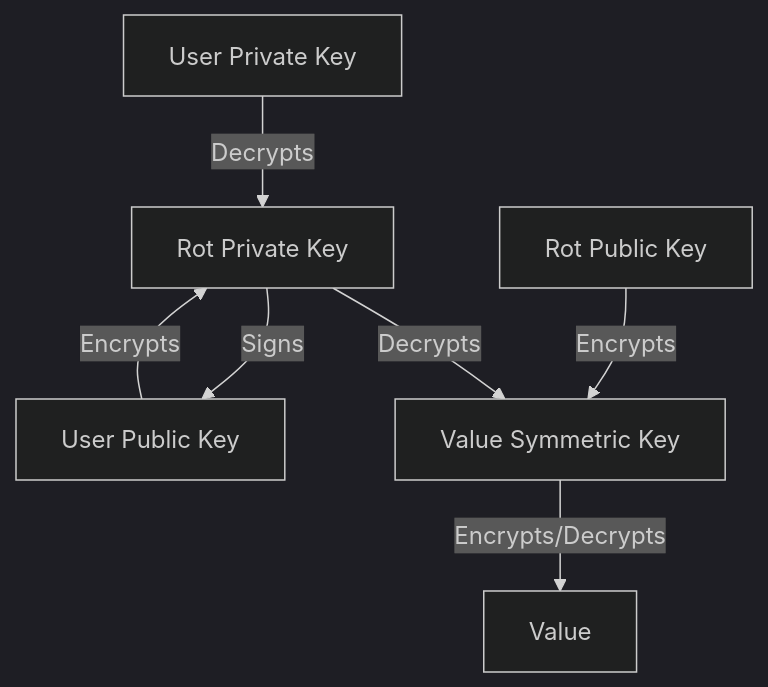
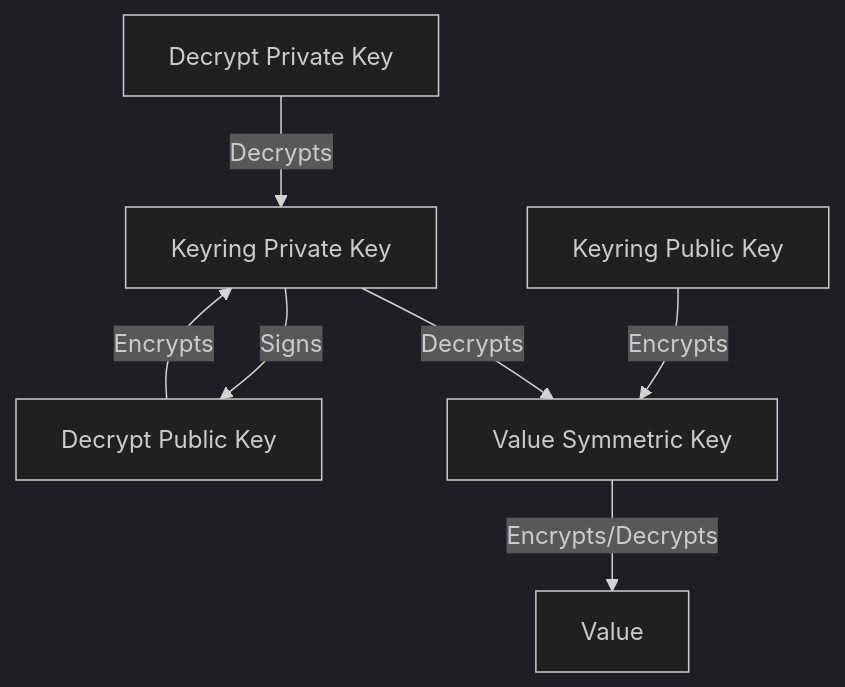
The diagram in hugo/content/docs/explanations/secret-wrapping.md (candiddev/rot), drawn with Mermaid (dark theme) before and after one commit. The commit also changed other lines of this file and 200 other files, not shown here.

````diff
--- a/hugo/content/docs/explanations/secret-wrapping.md
+++ b/hugo/content/docs/explanations/secret-wrapping.md
@@ -11,17 +11,17 @@
 ```mermaid
 flowchart TD
-  userPrv[User Private Key]
-  userPub[User Public Key]
-  rotPrv[Rot Private Key]
-  rotPub[Rot Public Key]
+  decryptPrv[Decrypt Private Key]
+  decryptPub[Decrypt Public Key]
+  keyringPrv[Keyring Private Key]
+  keyringPub[Keyring Public Key]
   valuePrv[Value Symmetric Key]
   value[Value]
 
-  userPub -- Encrypts --> rotPrv
-  rotPub -- Encrypts --> valuePrv
+  decryptPub -- Encrypts --> keyringPrv
+  keyringPub -- Encrypts --> valuePrv
   valuePrv -- Encrypts/Decrypts --> value
 
-  rotPrv -- Signs --> userPub
-  userPrv -- Decrypts --> rotPrv
-  rotPrv -- Decrypts --> valuePrv
+  keyringPrv -- Signs --> decryptPub
+  decryptPrv -- Decrypts --> keyringPrv
+  keyringPrv -- Decrypts --> valuePrv
 ```
````
